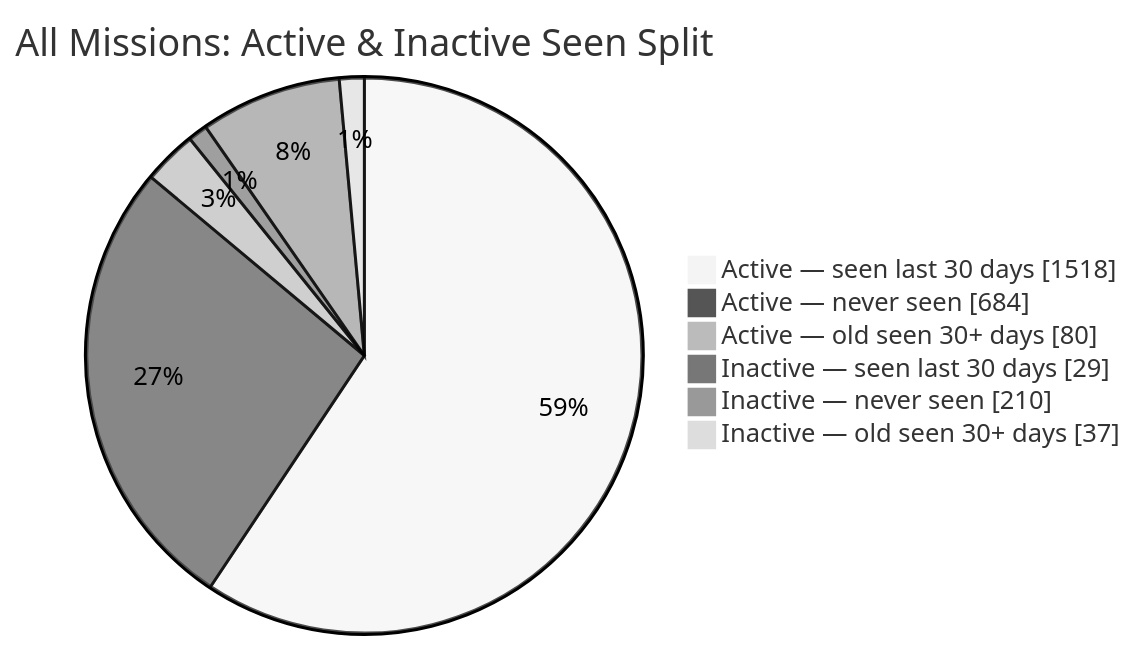
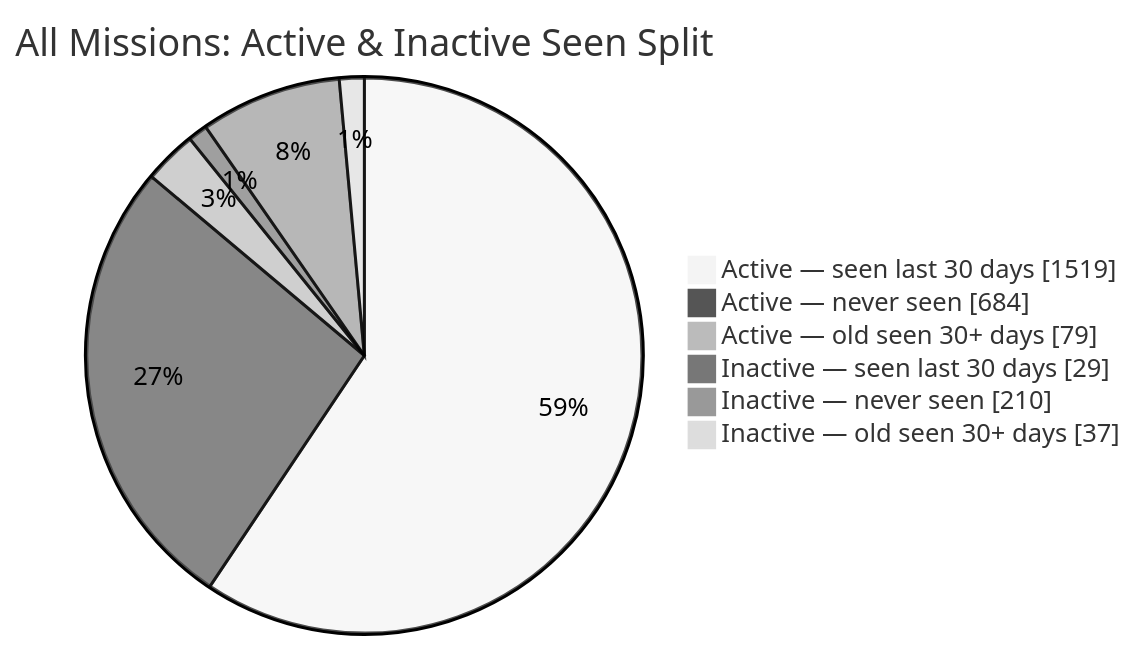
Before and after one commit to MeldkamerspelGameTeam/active-missions: the second of 2 diagrams in README.md, drawn with Mermaid (neutral theme). The commit also changed other lines of this file and 2 other files, not shown here.

````diff
--- a/README.md
+++ b/README.md
@@ -44,10 +44,10 @@
 ```mermaid
 pie showData
     title All Missions: Active & Inactive Seen Split
-    "Active — seen last 30 days" : 1518
+    "Active — seen last 30 days" : 1519
     "Active — never seen" : 684
-    "Active — old seen 30+ days" : 80
+    "Active — old seen 30+ days" : 79
     "Inactive — seen last 30 days" : 29
     "Inactive — never seen" : 210
     "Inactive — old seen 30+ days" : 37
 ```
````
